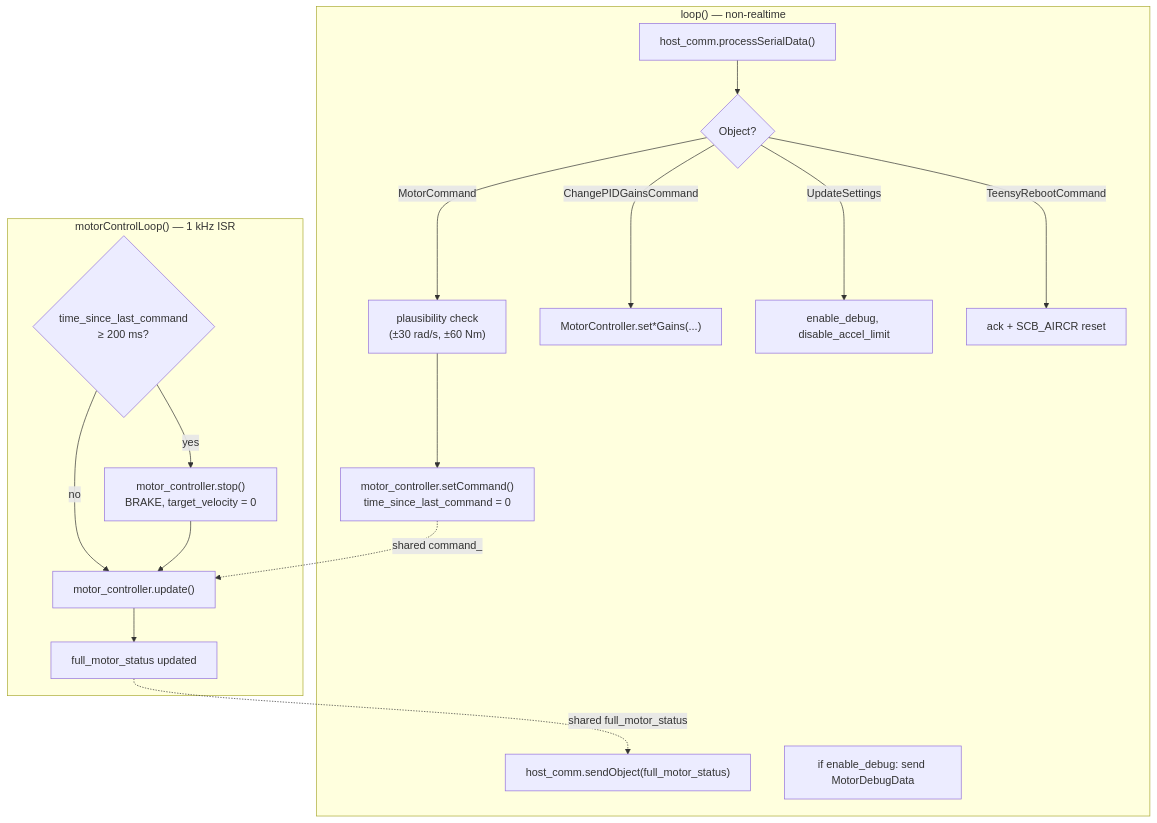
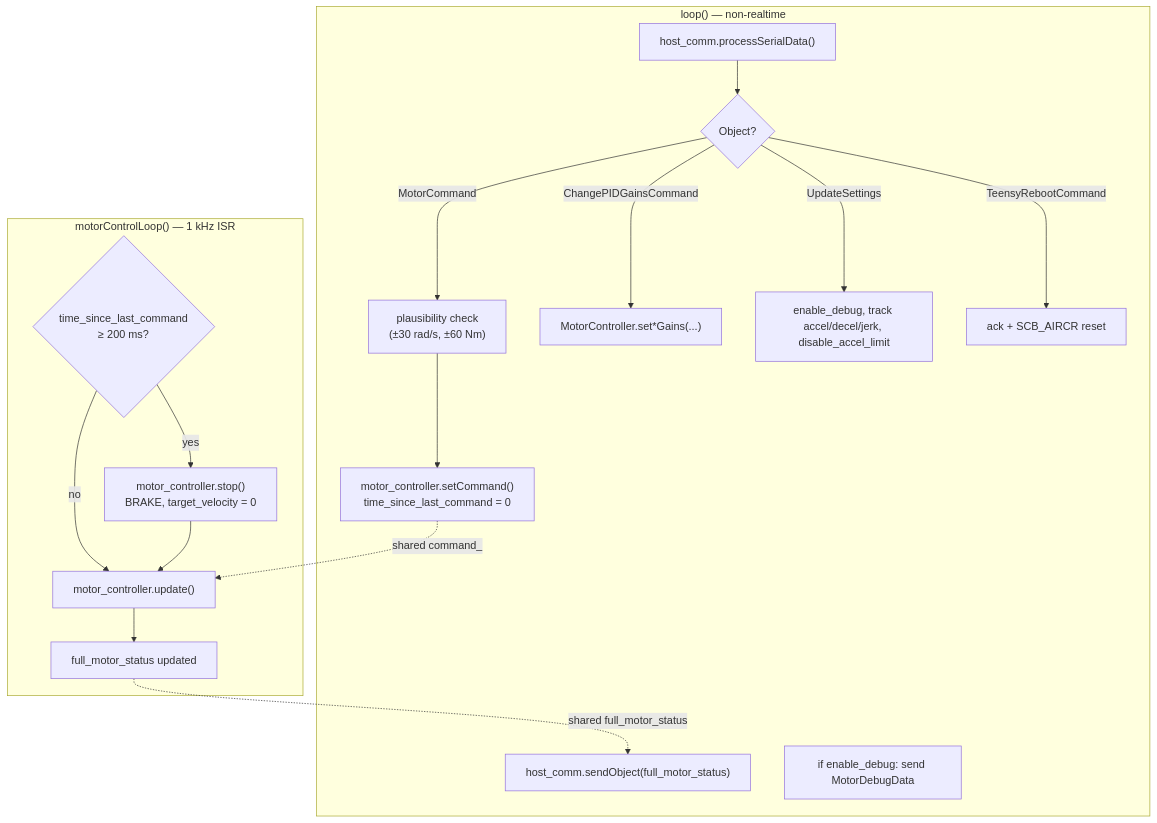
Before and after one commit to nemosum0/athena_motor_driver: the third of 9 diagrams in athena_motor_driver/docs/control_architecture.md, drawn with Mermaid. The commit also changed other lines of this file and 7 other files, not shown here.

First line of the commit message:
Update motor driver parameters and control architecture documentation

````diff
--- a/athena_motor_driver/docs/control_architecture.md
+++ b/athena_motor_driver/docs/control_architecture.md
@@ -156,24 +158,24 @@
 ```mermaid
 flowchart TD
     subgraph LOOP["loop() — non-realtime"]
         L1["host_comm.processSerialData()"] --> L2{"Object?"}
         L2 -->|MotorCommand| L3["plausibility check<br/>(±30 rad/s, ±60 Nm)"]
         L3 --> L4["motor_controller.setCommand()<br/>time_since_last_command = 0"]
         L2 -->|ChangePIDGainsCommand| L5["MotorController.set*Gains(...)"]
-        L2 -->|UpdateSettings| L6["enable_debug, disable_accel_limit"]
+        L2 -->|UpdateSettings| L6["enable_debug, track accel/decel/jerk, disable_accel_limit"]
         L2 -->|TeensyRebootCommand| L7["ack + SCB_AIRCR reset"]
         L8["host_comm.sendObject(full_motor_status)"]
         L9["if enable_debug: send MotorDebugData"]
     end
 
     subgraph ISR["motorControlLoop() — 1 kHz ISR"]
         I1{"time_since_last_command<br/>≥ 200 ms?"}
         I1 -->|yes| I2["motor_controller.stop()<br/>BRAKE, target_velocity = 0"]
         I1 -->|no| I4["motor_controller.update()"]
         I2 --> I4
         I4 --> I5["full_motor_status updated"]
     end
 
     L4 -.->|"shared command_"| I4
     I5 -.->|"shared full_motor_status"| L8
 ```
````
